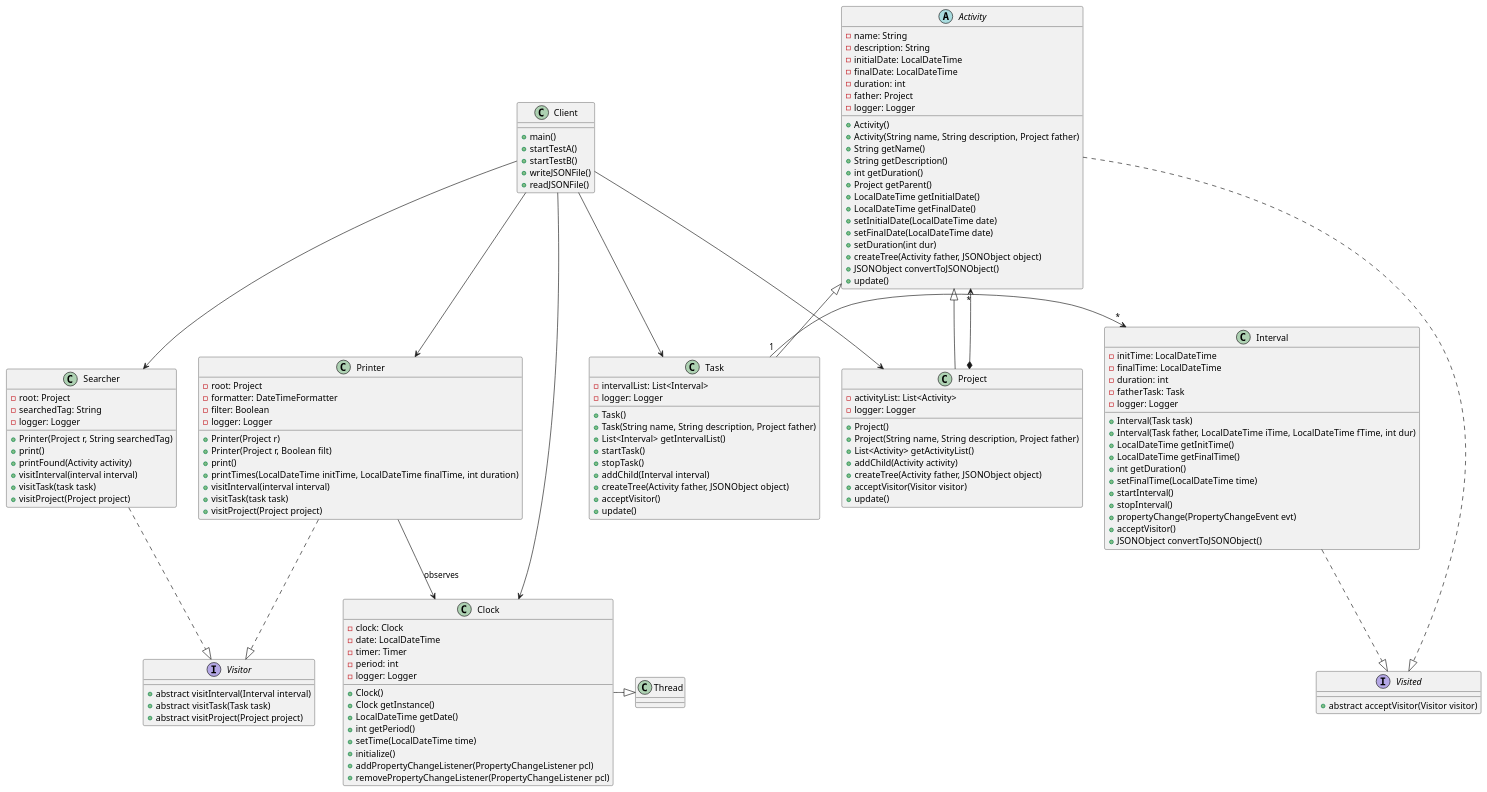
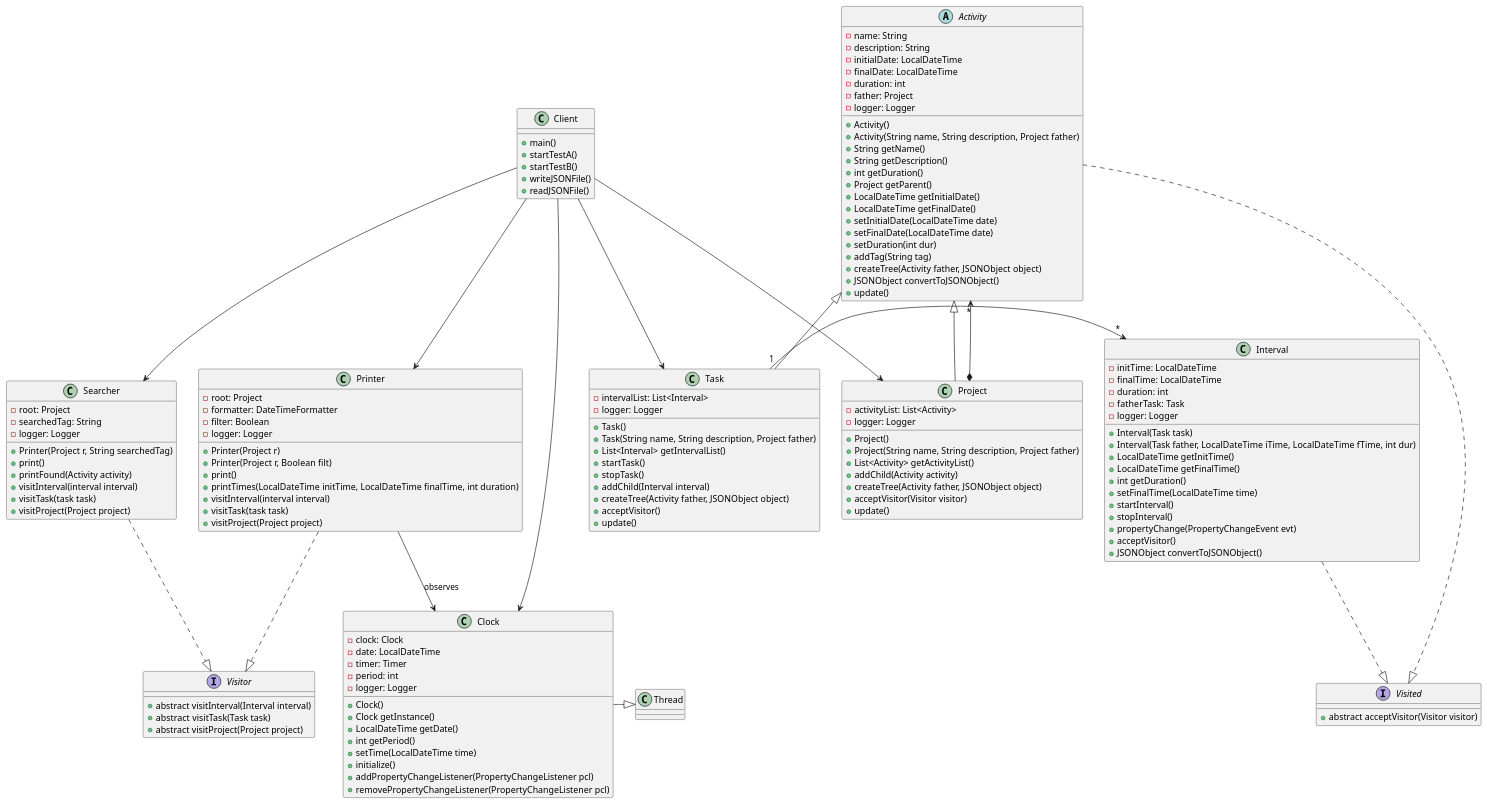
Before and after one commit to TimeTrackerUAB/timetracker: the diagram in CodigoDS/src/classDiagram.puml, drawn with PlantUML. The commit also changed 16 other files, not shown here.

```diff
--- a/CodigoDS/src/classDiagram.puml
+++ b/CodigoDS/src/classDiagram.puml
@@ -1,154 +1,155 @@
 @startuml
 
 
 abstract class Activity{
 - name: String
 - description: String
 - initialDate: LocalDateTime
 - finalDate: LocalDateTime
 - duration: int
 - father: Project
 - logger: Logger
 + Activity()
 + Activity(String name, String description, Project father)
 + String getName()
 + String getDescription()
 + int getDuration()
 + Project getParent()
 + LocalDateTime getInitialDate()
 + LocalDateTime getFinalDate()
 + setInitialDate(LocalDateTime date)
 + setFinalDate(LocalDateTime date)
 + setDuration(int dur)
++ addTag(String tag)
 + createTree(Activity father, JSONObject object)
 + JSONObject convertToJSONObject()
 + update()
 
 }
 
 class Task{
 - intervalList: List<Interval>
 - logger: Logger
 + Task()
 + Task(String name, String description, Project father)
 + List<Interval> getIntervalList()
 + startTask()
 + stopTask()
 + addChild(Interval interval)
 + createTree(Activity father, JSONObject object)
 + acceptVisitor()
 + update()
 }
 
 class Project{
 - activityList: List<Activity>
 - logger: Logger
 + Project()
 + Project(String name, String description, Project father)
 + List<Activity> getActivityList()
 + addChild(Activity activity)
 + createTree(Activity father, JSONObject object)
 + acceptVisitor(Visitor visitor)
 + update()
 
 }
 
 class Clock{
 - clock: Clock
 - date: LocalDateTime
 - timer: Timer
 - period: int
 - logger: Logger
 + Clock()
 + Clock getInstance()
 + LocalDateTime getDate()
 + int getPeriod()
 + setTime(LocalDateTime time)
 + initialize()
 + addPropertyChangeListener(PropertyChangeListener pcl)
 + removePropertyChangeListener(PropertyChangeListener pcl)
 }
 
 class Thread{}
 
 class Interval{
 - initTime: LocalDateTime
 - finalTime: LocalDateTime
 - duration: int
 - fatherTask: Task
 - logger: Logger
 + Interval(Task task)
 + Interval(Task father, LocalDateTime iTime, LocalDateTime fTime, int dur)
 + LocalDateTime getInitTime()
 + LocalDateTime getFinalTime()
 + int getDuration()
 + setFinalTime(LocalDateTime time)
 + startInterval()
 + stopInterval()
 + propertyChange(PropertyChangeEvent evt)
 + acceptVisitor()
 + JSONObject convertToJSONObject()
 }
 
 class Client{
 + main()
 + startTestA()
 + startTestB()
 + writeJSONFile()
 + readJSONFile()
 }
 
 class Printer{
 - root: Project
 - formatter: DateTimeFormatter
 - filter: Boolean
 - logger: Logger
 + Printer(Project r)
 + Printer(Project r, Boolean filt)
 + print()
 + printTimes(LocalDateTime initTime, LocalDateTime finalTime, int duration)
 + visitInterval(interval interval)
 + visitTask(task task)
 + visitProject(Project project)
 }
 
 interface Visited{
 + abstract acceptVisitor(Visitor visitor)
 }
 
 interface Visitor{
 + abstract visitInterval(Interval interval)
 + abstract visitTask(Task task)
 + abstract visitProject(Project project)
 }
 
 class Searcher{
 - root: Project
 - searchedTag: String
 - logger: Logger
 + Printer(Project r, String searchedTag)
 + print()
 + printFound(Activity activity)
 + visitInterval(interval interval)
 + visitTask(task task)
 + visitProject(Project project)
 }
 
 
 Project -up-|> Activity
 Task -up-|> Activity
 Project  *--> "*" Activity
 Client --> Project
 Client --> Task
 Client --> Clock
 Client --> Printer
 Client --> Searcher
 Task "1" -right->"*" Interval
 Printer --> Clock : observes
 Clock -right-|> Thread
 Printer ..|> Visitor
 Searcher ..|> Visitor
 Activity ..|> Visited
 Interval ..|> Visited
 
 @enduml
```
